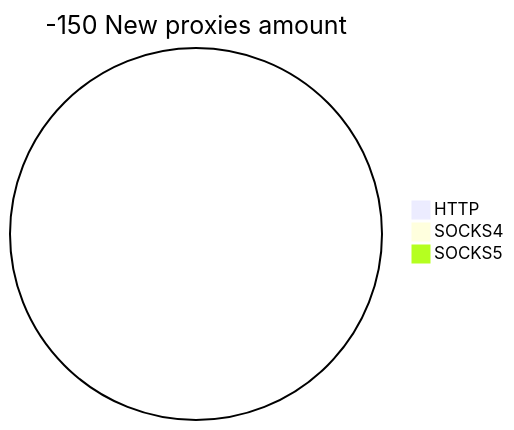
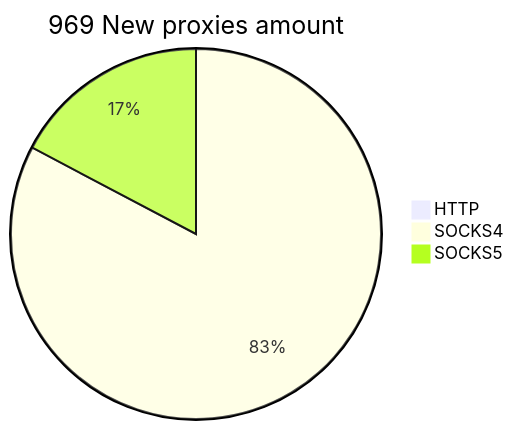
The second of 2 diagrams in README.md (cutipu/proxylist), drawn with Mermaid before and after one commit. The commit also changed other lines of this file, not shown here.

````diff
--- a/README.md
+++ b/README.md
@@ -10,6 +10,6 @@
 ```mermaid
-pie title -150 New proxies amount
+pie title 969 New proxies amount
     "HTTP" : 0
-    "SOCKS4" : 0
-    "SOCKS5" : 0
+    "SOCKS4" : 929
+    "SOCKS5" : 194
 ```
````
